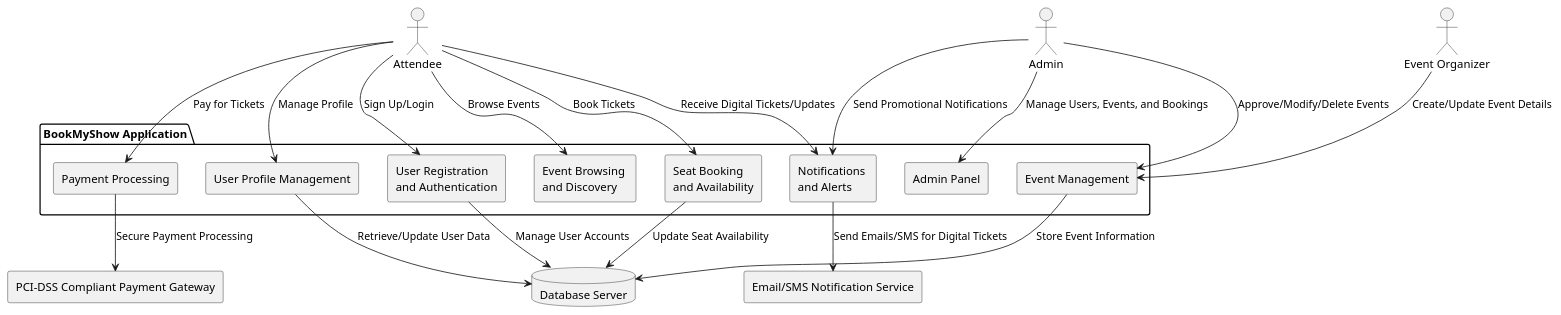
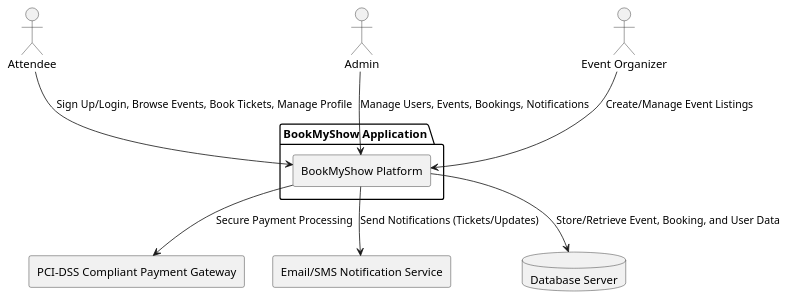
Before and after one commit to IIITLucknowSWEngg/CSITTeam012: the first of 4 diagrams in Assignment 02/Architecture.md, drawn with PlantUML.

````diff
--- a/Assignment 02/Architecture.md
+++ b/Assignment 02/Architecture.md
@@ -13,52 +13,32 @@
 ```plantuml
 @startuml
 
 ' External Actors
 actor "Attendee" as Attendee
 actor "Admin" as Admin
 actor "Event Organizer" as EventOrganizer
 
 ' External Systems
 rectangle "PCI-DSS Compliant Payment Gateway" as PaymentGateway
 rectangle "Email/SMS Notification Service" as NotificationService
 database "Database Server" as Database
 
 ' System Boundary: BookMyShow
-package "BookMyShow Application" {
+package "BookMyShow Application" as BookMyShow {
 
-    ' Subsystems
-    rectangle "User Registration \nand Authentication" as Registration
-    rectangle "Event Browsing \nand Discovery" as EventBrowsing
-    rectangle "Seat Booking \nand Availability" as SeatBooking
-    rectangle "Payment Processing" as PaymentProcessing
-    rectangle "Admin Panel" as AdminPanel
-    rectangle "Notifications \nand Alerts" as Notifications
-    rectangle "Event Management" as EventManagement
-    rectangle "User Profile Management" as UserProfile
+    ' Single node representing the entire system
+    rectangle "BookMyShow Platform" as Platform
 }
 
-' Relationships between actors and system components
-Attendee --> Registration : Sign Up/Login
-Attendee --> EventBrowsing : Browse Events
-Attendee --> SeatBooking : Book Tickets
-Attendee --> PaymentProcessing : Pay for Tickets
-Attendee --> Notifications : Receive Digital Tickets/Updates
-Attendee --> UserProfile : Manage Profile
-
-Admin --> AdminPanel : Manage Users, Events, and Bookings
-Admin --> EventManagement : Approve/Modify/Delete Events
-Admin --> Notifications : Send Promotional Notifications
-
-EventOrganizer --> EventManagement : Create/Update Event Details
+' Relationships between actors and the system
+Attendee --> Platform : "Sign Up/Login, Browse Events, Book Tickets, Manage Profile"
+Admin --> Platform : "Manage Users, Events, Bookings, Notifications"
+EventOrganizer --> Platform : "Create/Manage Event Listings"
 
 ' External System Interactions
-EventManagement --> Database : Store Event Information
-SeatBooking --> Database : Update Seat Availability
-Registration --> Database : Manage User Accounts
-UserProfile --> Database : Retrieve/Update User Data
-
-PaymentProcessing --> PaymentGateway : Secure Payment Processing
-Notifications --> NotificationService : Send Emails/SMS for Digital Tickets
+Platform --> PaymentGateway : "Secure Payment Processing"
+Platform --> NotificationService : "Send Notifications (Tickets/Updates)"
+Platform --> Database : "Store/Retrieve Event, Booking, and User Data"
 
 @enduml
 ```
````
